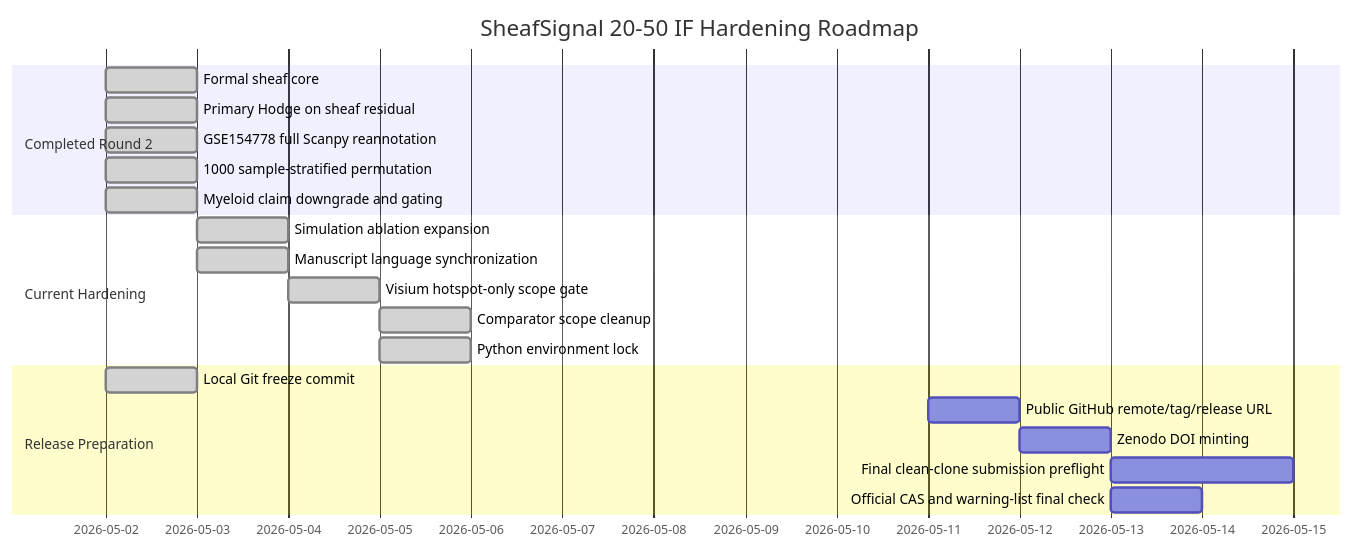
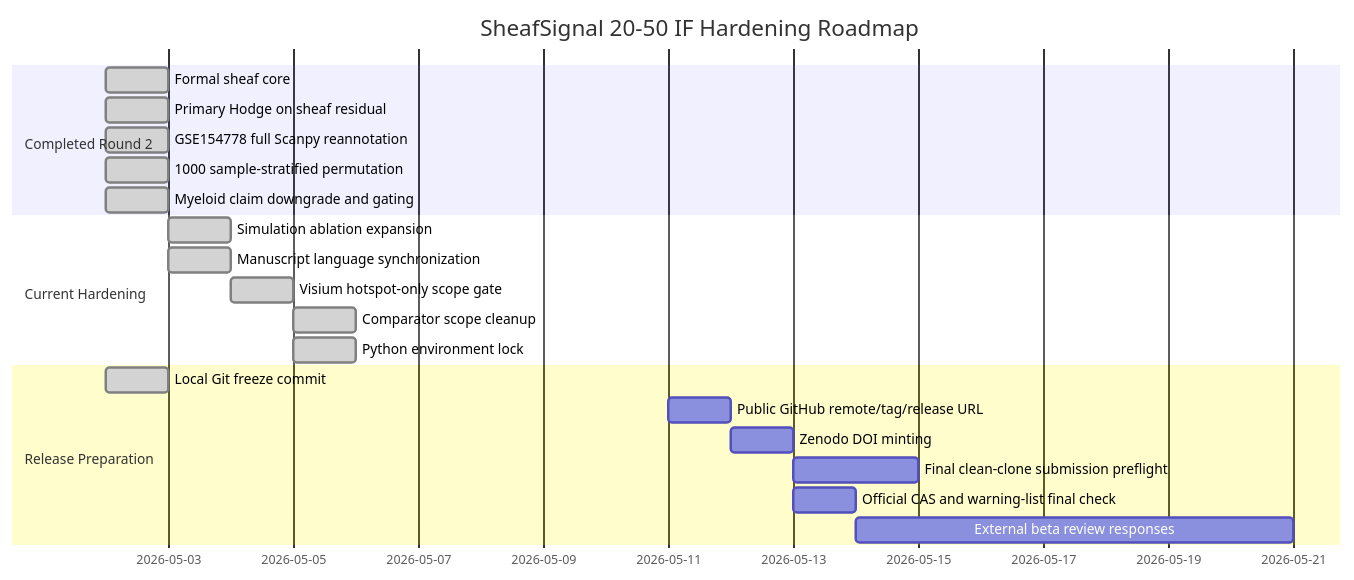
Before and after one commit to healthgreat/SheafSignal: the diagram in manuscript/SHEAFSIGNAL_STATUS_DASHBOARD_2026-05-02.md, drawn with Mermaid. The commit also changed other lines of this file and 16 other files, not shown here.

Commit message:
Add external beta review packet

````diff
--- a/manuscript/SHEAFSIGNAL_STATUS_DASHBOARD_2026-05-02.md
+++ b/manuscript/SHEAFSIGNAL_STATUS_DASHBOARD_2026-05-02.md
@@ -38,26 +41,27 @@
 ```mermaid
 gantt
     title SheafSignal 20-50 IF Hardening Roadmap
     dateFormat  YYYY-MM-DD
 
     section Completed Round 2
     Formal sheaf core                           :done, 2026-05-02, 1d
     Primary Hodge on sheaf residual             :done, 2026-05-02, 1d
     GSE154778 full Scanpy reannotation          :done, 2026-05-02, 1d
     1000 sample-stratified permutation          :done, 2026-05-02, 1d
     Myeloid claim downgrade and gating          :done, 2026-05-02, 1d
 
     section Current Hardening
     Simulation ablation expansion               :done, 2026-05-03, 1d
     Manuscript language synchronization         :done, 2026-05-03, 1d
     Visium hotspot-only scope gate               :done, 2026-05-04, 1d
     Comparator scope cleanup                     :done, 2026-05-05, 1d
     Python environment lock                      :done, 2026-05-05, 1d
 
     section Release Preparation
     Local Git freeze commit                      :done, 2026-05-02, 1d
     Public GitHub remote/tag/release URL         :2026-05-11, 1d
     Zenodo DOI minting                           :2026-05-12, 1d
     Final clean-clone submission preflight       :2026-05-13, 2d
     Official CAS and warning-list final check    :2026-05-13, 1d
+    External beta review responses               :2026-05-14, 7d
 ```
````
